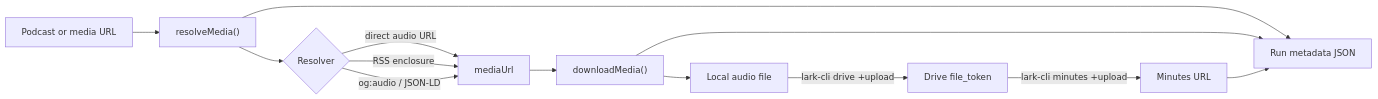
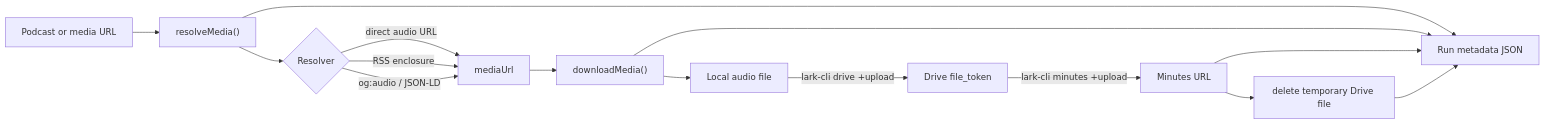
One commit to catwithtudou/pod-lark-minutes changed the diagram in README.md. Above: the diagram before and after it, drawn with Mermaid. The commit also changed other lines of this file and 8 other files, not shown here.

````diff
--- a/README.md
+++ b/README.md
@@ -190,15 +200,17 @@
 ```mermaid
 flowchart LR
   A["Podcast or media URL"] --> B["resolveMedia()"]
   B --> C{"Resolver"}
   C -->|"direct audio URL"| D["mediaUrl"]
   C -->|"RSS enclosure"| D
   C -->|"og:audio / JSON-LD"| D
   D --> E["downloadMedia()"]
   E --> F["Local audio file"]
   F -->|"lark-cli drive +upload"| G["Drive file_token"]
   G -->|"lark-cli minutes +upload"| H["Minutes URL"]
+  H --> J["delete temporary Drive file"]
   B --> I["Run metadata JSON"]
   E --> I
   H --> I
+  J --> I
 ```
````
